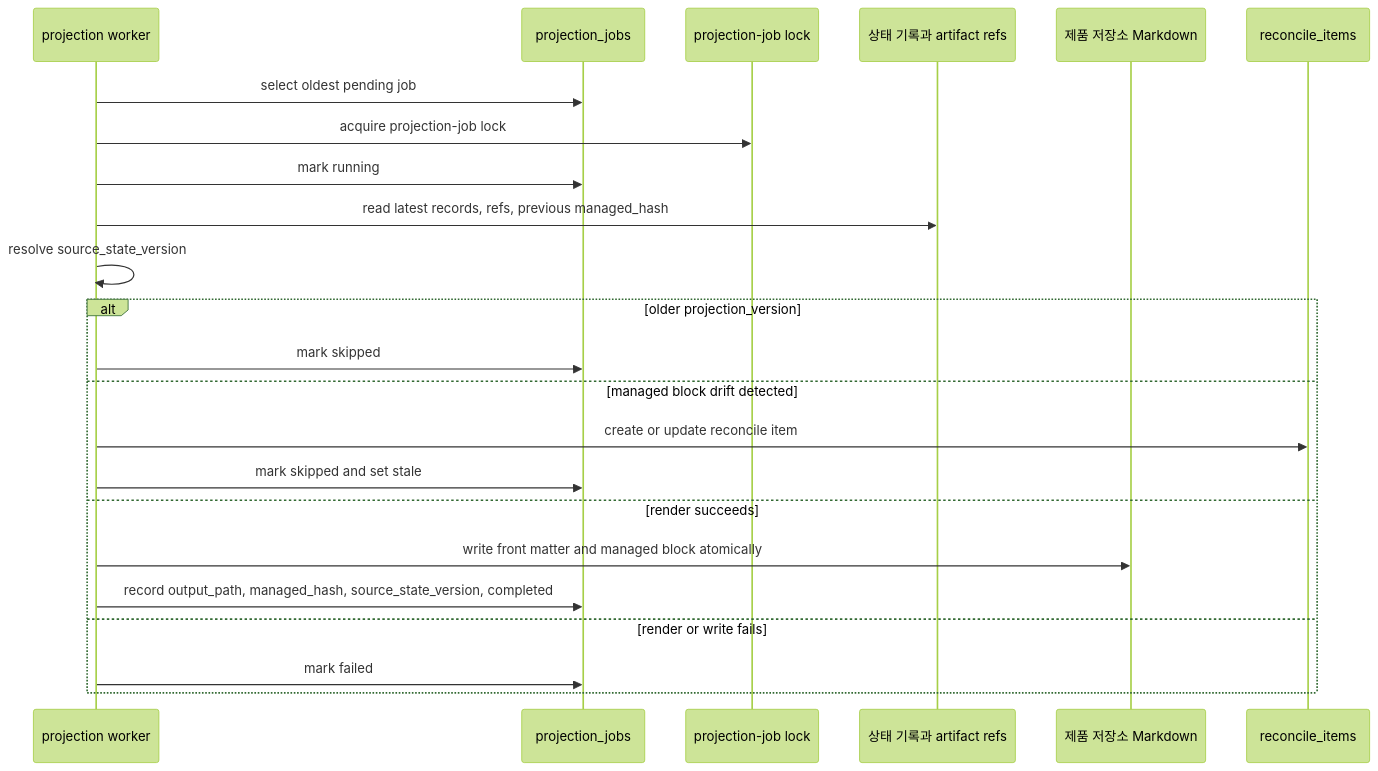
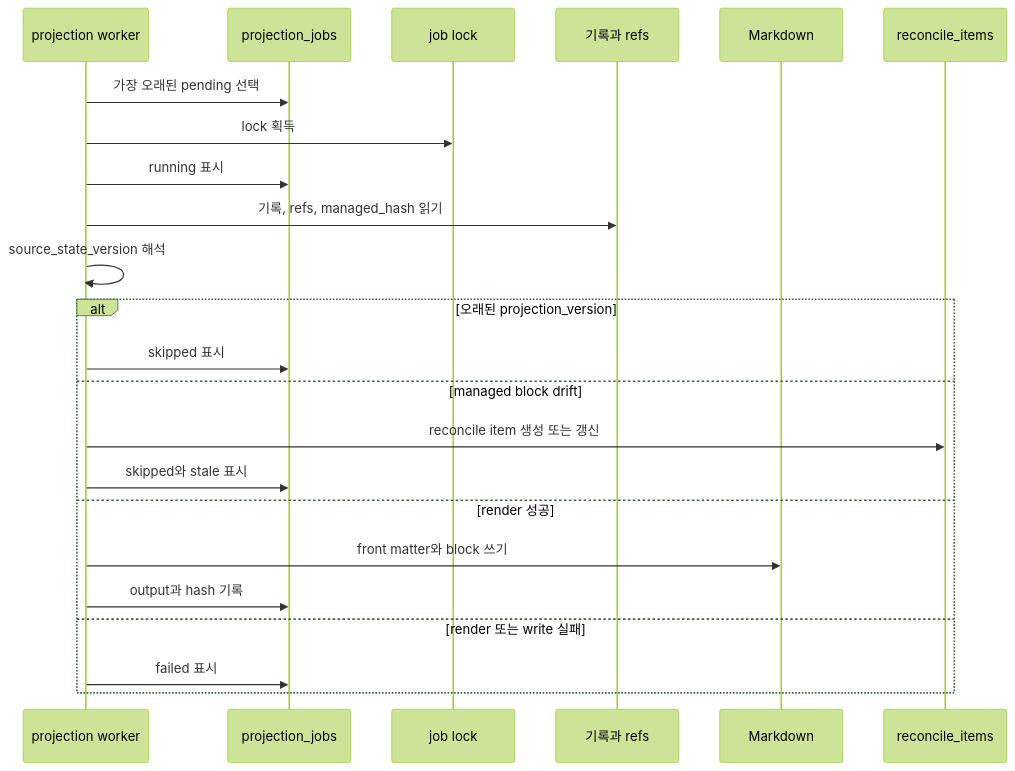
Before and after one commit to minjungw00/Harness_Project: the eighth of 9 diagrams in docs/ko/reference/storage-and-ddl.md, drawn with Mermaid (forest theme). The commit also changed other lines of this file and 20 other files, not shown here.

Commit message:
docs: refresh diagrams for staged authority model

````diff
--- a/docs/ko/reference/storage-and-ddl.md
+++ b/docs/ko/reference/storage-and-ddl.md
@@ -1483,26 +1483,26 @@
 ```mermaid
 sequenceDiagram
   participant Worker as projection worker
   participant Jobs as projection_jobs
-  participant Lock as projection-job lock
-  participant State as 상태 기록과 artifact refs
-  participant Repo as 제품 저장소 Markdown
+  participant Lock as job lock
+  participant State as 기록과 refs
+  participant Repo as Markdown
   participant Reconcile as reconcile_items
 
-  Worker->>Jobs: select oldest pending job
-  Worker->>Lock: acquire projection-job lock
-  Worker->>Jobs: mark running
-  Worker->>State: read latest records, refs, previous managed_hash
-  Worker->>Worker: resolve source_state_version
-  alt older projection_version
-    Worker->>Jobs: mark skipped
-  else managed block drift detected
-    Worker->>Reconcile: create or update reconcile item
-    Worker->>Jobs: mark skipped and set stale
-  else render succeeds
-    Worker->>Repo: write front matter and managed block atomically
-    Worker->>Jobs: record output_path, managed_hash, source_state_version, completed
-  else render or write fails
-    Worker->>Jobs: mark failed
+  Worker->>Jobs: 가장 오래된 pending 선택
+  Worker->>Lock: lock 획득
+  Worker->>Jobs: running 표시
+  Worker->>State: 기록, refs, managed_hash 읽기
+  Worker->>Worker: source_state_version 해석
+  alt 오래된 projection_version
+    Worker->>Jobs: skipped 표시
+  else managed block drift
+    Worker->>Reconcile: reconcile item 생성 또는 갱신
+    Worker->>Jobs: skipped와 stale 표시
+  else render 성공
+    Worker->>Repo: front matter와 block 쓰기
+    Worker->>Jobs: output과 hash 기록
+  else render 또는 write 실패
+    Worker->>Jobs: failed 표시
   end
 ```
````
